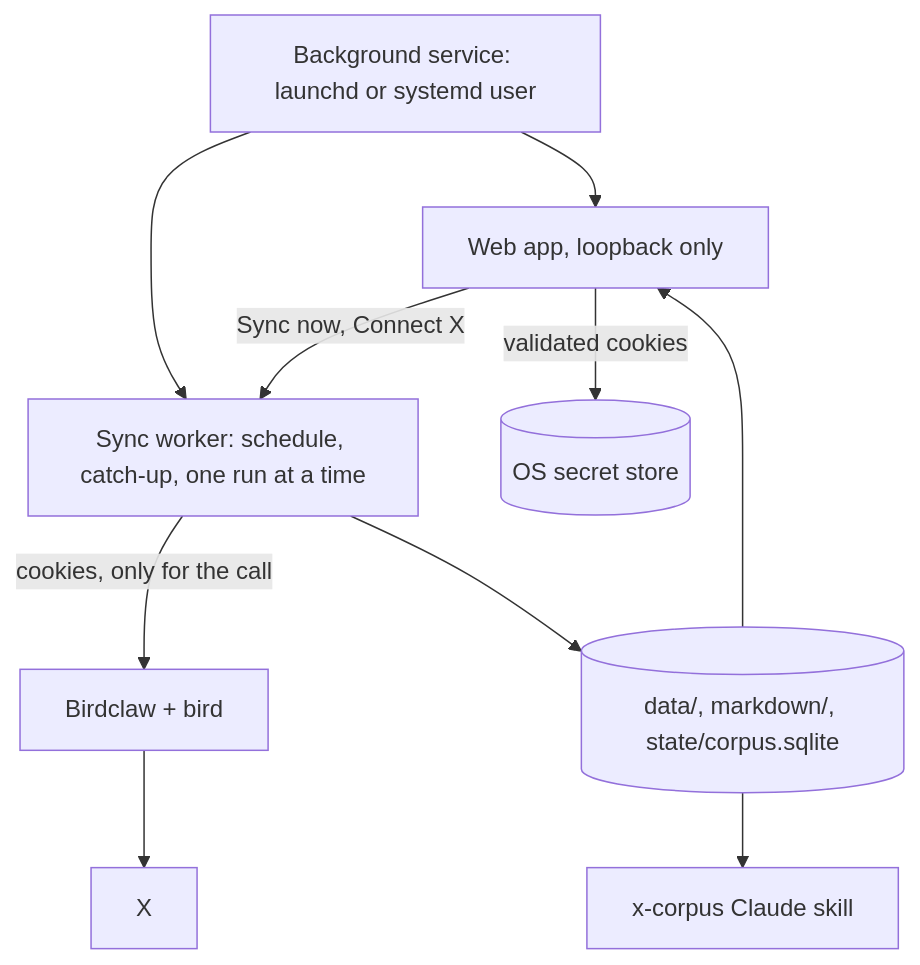
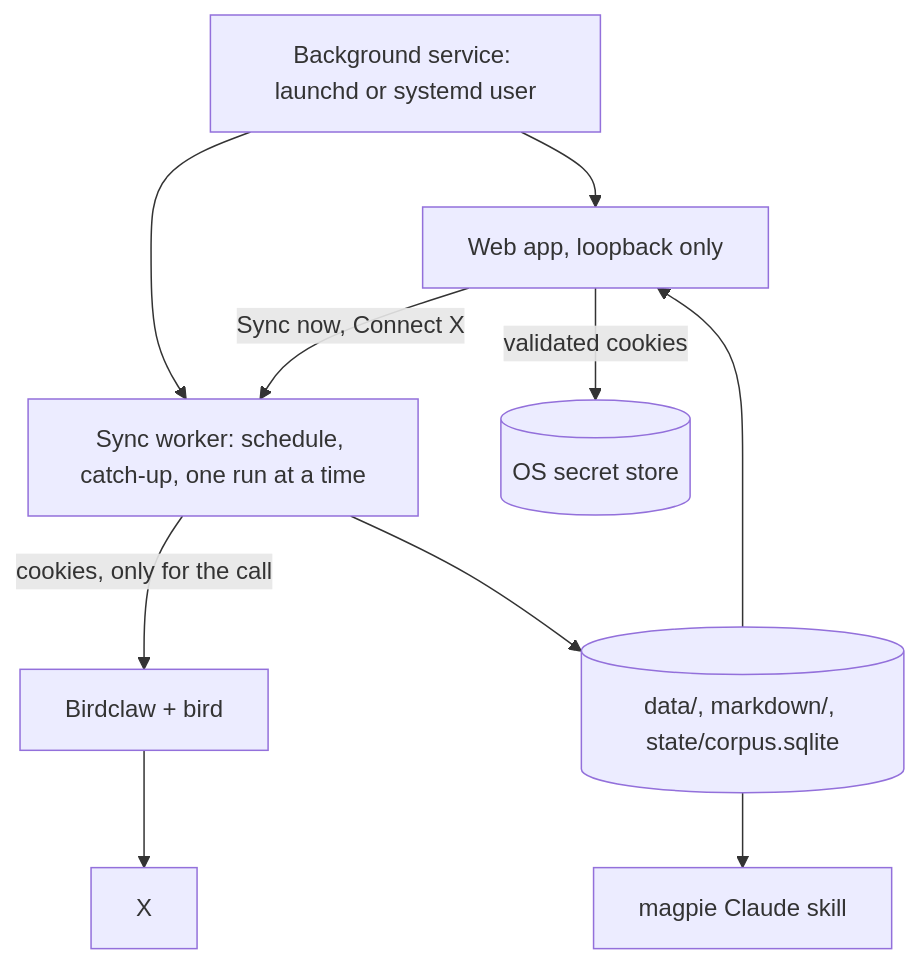
The first of 6 diagrams in docs/plans/2026-11-20-1134-feat-in-app-sync-runner-plan.md (ianpoley/magpie), drawn with Mermaid before and after one commit. The commit also changed other lines of this file and 44 other files, not shown here.

First line of the commit message:
refactor: rename x-corpus to magpie, with a handover for existing installs

````diff
--- a/docs/plans/2026-11-20-1134-feat-in-app-sync-runner-plan.md
+++ b/docs/plans/2026-11-20-1134-feat-in-app-sync-runner-plan.md
@@ -97,12 +97,12 @@
 ```mermaid
 flowchart TB
   SVC[Background service: launchd or systemd user] --> WEB[Web app, loopback only]
   SVC --> WRK[Sync worker: schedule, catch-up, one run at a time]
   WEB -->|Sync now, Connect X| WRK
   WEB -->|validated cookies| SEC[(OS secret store)]
   WRK -->|cookies, only for the call| BC[Birdclaw + bird]
   BC --> X[X]
   WRK --> STORE[(data/, markdown/, state/corpus.sqlite)]
   STORE --> WEB
-  STORE --> SKILL[x-corpus Claude skill]
+  STORE --> SKILL[magpie Claude skill]
 ```
````
